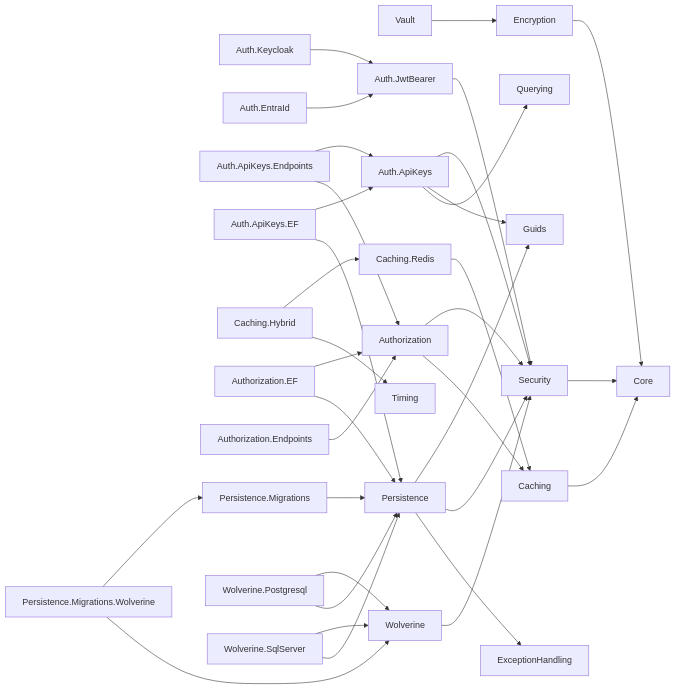
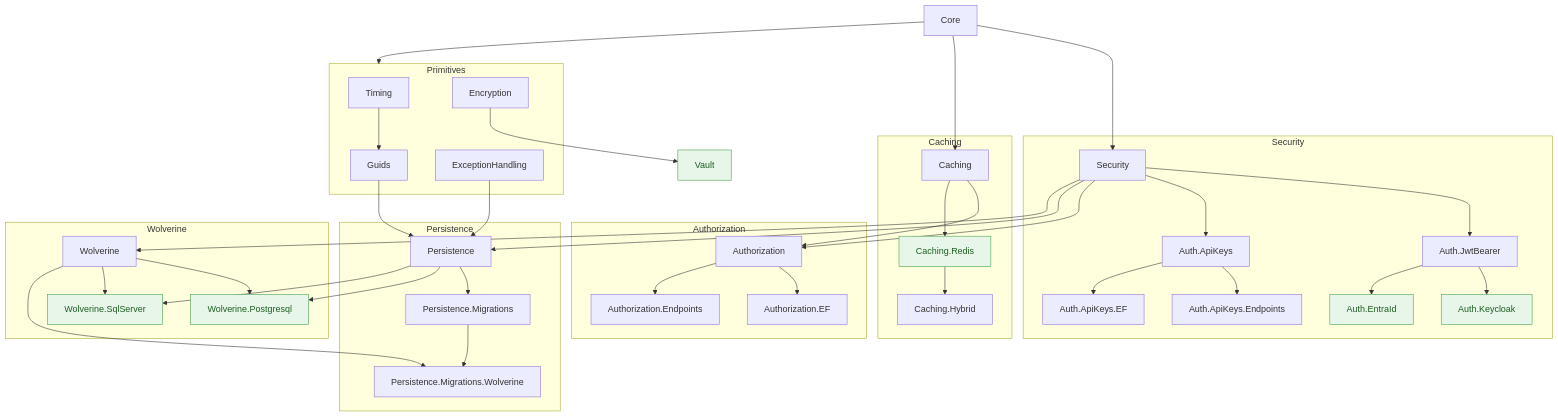
One commit to enraiz/granit-dotnet changed the second of 5 diagrams in docs-site/src/content/docs/reference/dependency-graph.md. Above: the diagram before and after it, drawn with Mermaid. The commit also changed other lines of this file and 114 other files, not shown here.

````diff
--- a/docs-site/src/content/docs/reference/dependency-graph.md
+++ b/docs-site/src/content/docs/reference/dependency-graph.md
@@ -117,44 +120,87 @@
 ```mermaid
-flowchart LR
-    SEC["Security"] --> CORE["Core"]
-    ENCR["Encryption"] --> CORE
-    VAULT["Vault"] --> ENCR
+flowchart TD
+    CORE["Core"]
 
-    JWT["Auth.JwtBearer"] --> SEC
-    KC["Auth.Keycloak"] --> JWT
-    ENTRA["Auth.EntraId"] --> JWT
+    subgraph Primitives
+        TIMING["Timing"]
+        GUIDS["Guids"]
+        EXC["ExceptionHandling"]
+        ENCR["Encryption"]
+    end
 
-    APIKEYS["Auth.ApiKeys"] --> SEC
-    APIKEYS --> GUIDS["Guids"]
-    APIKEYS --> QRY["Querying"]
-    APIKEYS_EP["Auth.ApiKeys.Endpoints"] --> APIKEYS
-    APIKEYS_EP --> AUTHZ
-    APIKEYS_EF["Auth.ApiKeys.EF"] --> APIKEYS
-    APIKEYS_EF --> PERS
+    subgraph Security
+        SEC["Security"]
+        JWT["Auth.JwtBearer"]
+        KC["Auth.Keycloak"]
+        ENTRA["Auth.EntraId"]
+        APIKEYS["Auth.ApiKeys"]
+        APIKEYS_EP["Auth.ApiKeys.Endpoints"]
+        APIKEYS_EF["Auth.ApiKeys.EF"]
+    end
 
-    CACHE["Caching"] --> CORE
-    CACHE_REDIS["Caching.Redis"] --> CACHE
-    CACHE_HYB["Caching.Hybrid"] --> CACHE_REDIS
-    CACHE_HYB --> TIMING["Timing"]
+    subgraph Authorization
+        AUTHZ["Authorization"]
+        AUTHZ_EF["Authorization.EF"]
+        AUTHZ_EP["Authorization.Endpoints"]
+    end
 
-    AUTHZ["Authorization"] --> SEC
-    AUTHZ --> CACHE
-    AUTHZ_EF["Authorization.EF"] --> AUTHZ
-    AUTHZ_EF --> PERS
-    AUTHZ_EP["Authorization.Endpoints"] --> AUTHZ
+    subgraph Caching
+        CACHE["Caching"]
+        CACHE_REDIS["Caching.Redis"]
+        CACHE_HYB["Caching.Hybrid"]
+    end
 
-    PERS["Persistence"] --> GUIDS
-    PERS --> SEC
-    PERS --> EXC["ExceptionHandling"]
+    subgraph Persistence
+        PERS["Persistence"]
+        PERS_MIG["Persistence.Migrations"]
+        PERS_MIG_WOL["Persistence.Migrations.Wolverine"]
+    end
 
-    PERS_MIG["Persistence.Migrations"] --> PERS
+    subgraph Wolverine
+        WOL["Wolverine"]
+        WOL_PG["Wolverine.Postgresql"]
+        WOL_SQL["Wolverine.SqlServer"]
+    end
 
-    PERS_MIG_WOL["Persistence.Migrations.Wolverine"] --> PERS_MIG
-    PERS_MIG_WOL --> WOL["Wolverine"]
+    CORE --> Primitives
+    CORE --> SEC
+    CORE --> CACHE
 
-    WOL --> SEC
-    WOL_PG["Wolverine.Postgresql"] --> WOL
-    WOL_PG --> PERS
-    WOL_SQL["Wolverine.SqlServer"] --> WOL
-    WOL_SQL --> PERS
+    ENCR --> VAULT["Vault"]
+    TIMING --> GUIDS
+
+    SEC --> JWT
+    JWT --> KC
+    JWT --> ENTRA
+    SEC --> APIKEYS
+    APIKEYS --> APIKEYS_EP
+    APIKEYS --> APIKEYS_EF
+
+    SEC --> AUTHZ
+    CACHE --> AUTHZ
+    AUTHZ --> AUTHZ_EF
+    AUTHZ --> AUTHZ_EP
+
+    CACHE --> CACHE_REDIS
+    CACHE_REDIS --> CACHE_HYB
+
+    GUIDS --> PERS
+    SEC --> PERS
+    EXC --> PERS
+    PERS --> PERS_MIG
+    PERS_MIG --> PERS_MIG_WOL
+
+    SEC --> WOL
+    WOL --> WOL_PG
+    WOL --> WOL_SQL
+    WOL --> PERS_MIG_WOL
+    PERS --> WOL_PG
+    PERS --> WOL_SQL
+
+    style KC fill:#e8f5e9,stroke:#43a047,color:#1b5e20
+    style ENTRA fill:#e8f5e9,stroke:#43a047,color:#1b5e20
+    style VAULT fill:#e8f5e9,stroke:#43a047,color:#1b5e20
+    style CACHE_REDIS fill:#e8f5e9,stroke:#43a047,color:#1b5e20
+    style WOL_PG fill:#e8f5e9,stroke:#43a047,color:#1b5e20
+    style WOL_SQL fill:#e8f5e9,stroke:#43a047,color:#1b5e20
 ```
````
